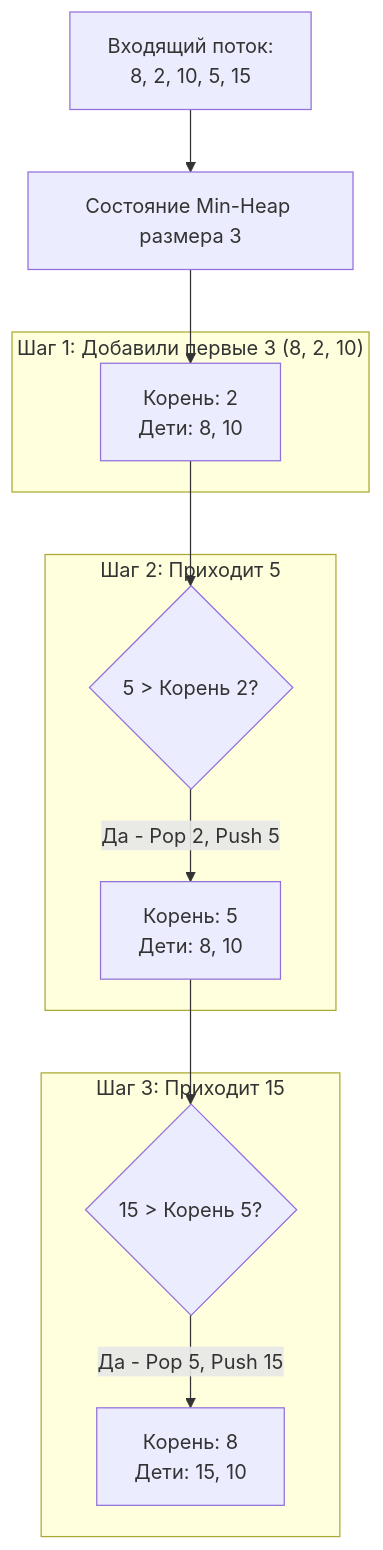
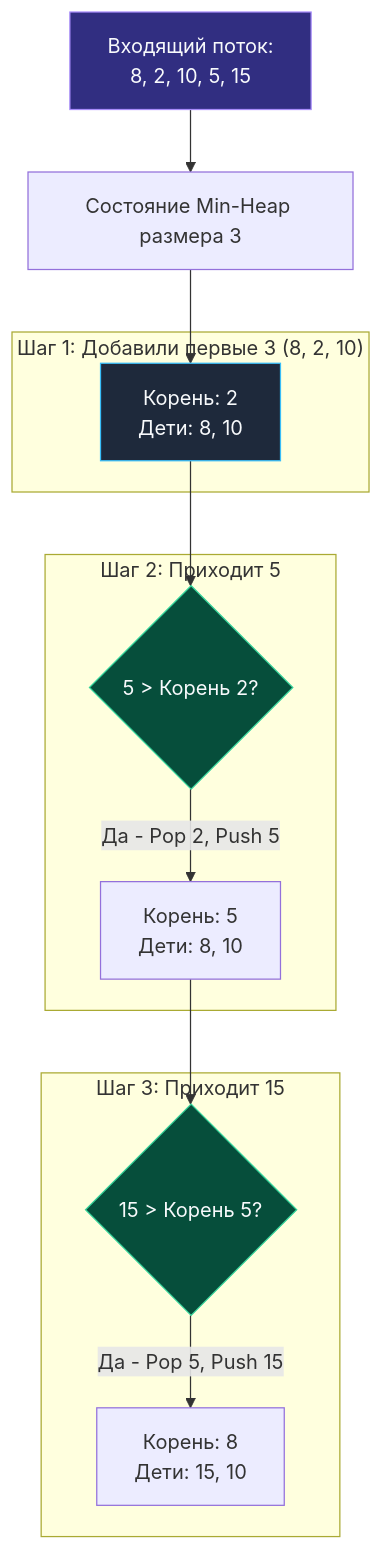
One commit to UnrealTemplier/go-textbook changed the diagram in sources/21. Задачи с LeetCode и собеседований на Go/02. Задачи/16. Кучи и Top K/2. Задачи Top K.md. Above: the diagram before and after it, drawn with Mermaid. The commit also changed 1666 other files, not shown here.

First line of the commit message:
feat(mermaid): add semantic color classDef to 1369 colorless flowchart/graph diagrams

````diff
--- a/sources/21. Задачи с LeetCode и собеседований на Go/02. Задачи/16. Кучи и Top K/2. Задачи Top K.md
+++ b/sources/21. Задачи с LeetCode и собеседований на Go/02. Задачи/16. Кучи и Top K/2. Задачи Top K.md
@@ -51,20 +51,30 @@
 ```mermaid
 graph TD
-    A["Входящий поток:<br>8, 2, 10, 5, 15"] --> B["Состояние Min-Heap размера 3"]
+    classDef process  fill:#1e293b,stroke:#38bdf8,stroke-width:1px,color:#f8fafc
+    classDef success  fill:#064e3b,stroke:#34d399,stroke-width:1px,color:#f8fafc
+    classDef error    fill:#7f1d1d,stroke:#f87171,stroke-width:1px,color:#f8fafc
+    classDef warning  fill:#78350f,stroke:#fbbf24,stroke-width:1px,color:#f8fafc
+    classDef entry    fill:#1e3a5f,stroke:#38bdf8,stroke-width:2px,color:#f8fafc
+    classDef aux      fill:#334155,stroke:#64748b,stroke-width:1px,color:#f8fafc
+    classDef system   fill:#312e81,stroke:#a78bfa,stroke-width:1px,color:#f8fafc
+    classDef data     fill:#132d29,stroke:#2dd4bf,stroke-width:1px,color:#f8fafc
+    classDef network  fill:#881337,stroke:#fb7185,stroke-width:1px,color:#f8fafc
+    classDef accent   fill:#1e1b4b,stroke:#818cf8,stroke-width:1px,color:#f8fafc
+    A["Входящий поток:<br>8, 2, 10, 5, 15"]:::system --> B["Состояние Min-Heap размера 3"]
     
     subgraph "Шаг 1: Добавили первые 3 (8, 2, 10)"
-        H1["Корень: 2<br>Дети: 8, 10"]
+        H1["Корень: 2<br>Дети: 8, 10"]:::process
     end
     
     subgraph "Шаг 2: Приходит 5"
-        C{"5 > Корень 2?"} -->|"Да - Pop 2, Push 5"| H2["Корень: 5<br>Дети: 8, 10"]
+        C{"5 > Корень 2?"}:::success -->|"Да - Pop 2, Push 5"| H2["Корень: 5<br>Дети: 8, 10"]
     end
     
     subgraph "Шаг 3: Приходит 15"
-        D{"15 > Корень 5?"} -->|"Да - Pop 5, Push 15"| H3["Корень: 8<br>Дети: 15, 10"]
+        D{"15 > Корень 5?"}:::success -->|"Да - Pop 5, Push 15"| H3["Корень: 8<br>Дети: 15, 10"]
     end
     
     B --> H1
     H1 --> C
     H2 --> D
 ```
````
